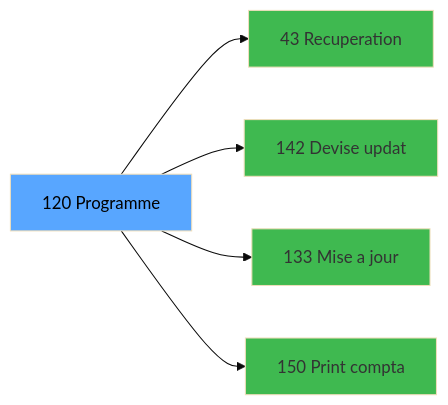
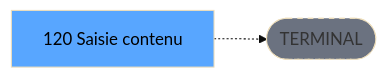
One commit to thonyAGP/lecteur-magic changed the third of 3 diagrams in .openspec/specs/ADH-IDE-120.md. Above: the diagram before and after it, drawn with Mermaid (base theme). The commit also changed other lines of this file and 701 other files, not shown here.

````diff
--- a/.openspec/specs/ADH-IDE-120.md
+++ b/.openspec/specs/ADH-IDE-120.md
@@ -184,17 +160,8 @@
 ```mermaid
 graph LR
-    T[120 Programme]
-    C43[43 Recuperation]
-    T --> C43
-    C142[142 Devise updat]
-    T --> C142
-    C133[133 Mise a jour ]
-    T --> C133
-    C150[150 Print compta]
-    T --> C150
+    T[120 Saisie contenu ]
+    TERM([TERMINAL])
+    T -.-> TERM
+    style TERM fill:#6b7280,stroke-dasharray: 5 5
     style T fill:#58a6ff,color:#000
-    style C43 fill:#3fb950
-    style C142 fill:#3fb950
-    style C133 fill:#3fb950
-    style C150 fill:#3fb950
 ```
````
